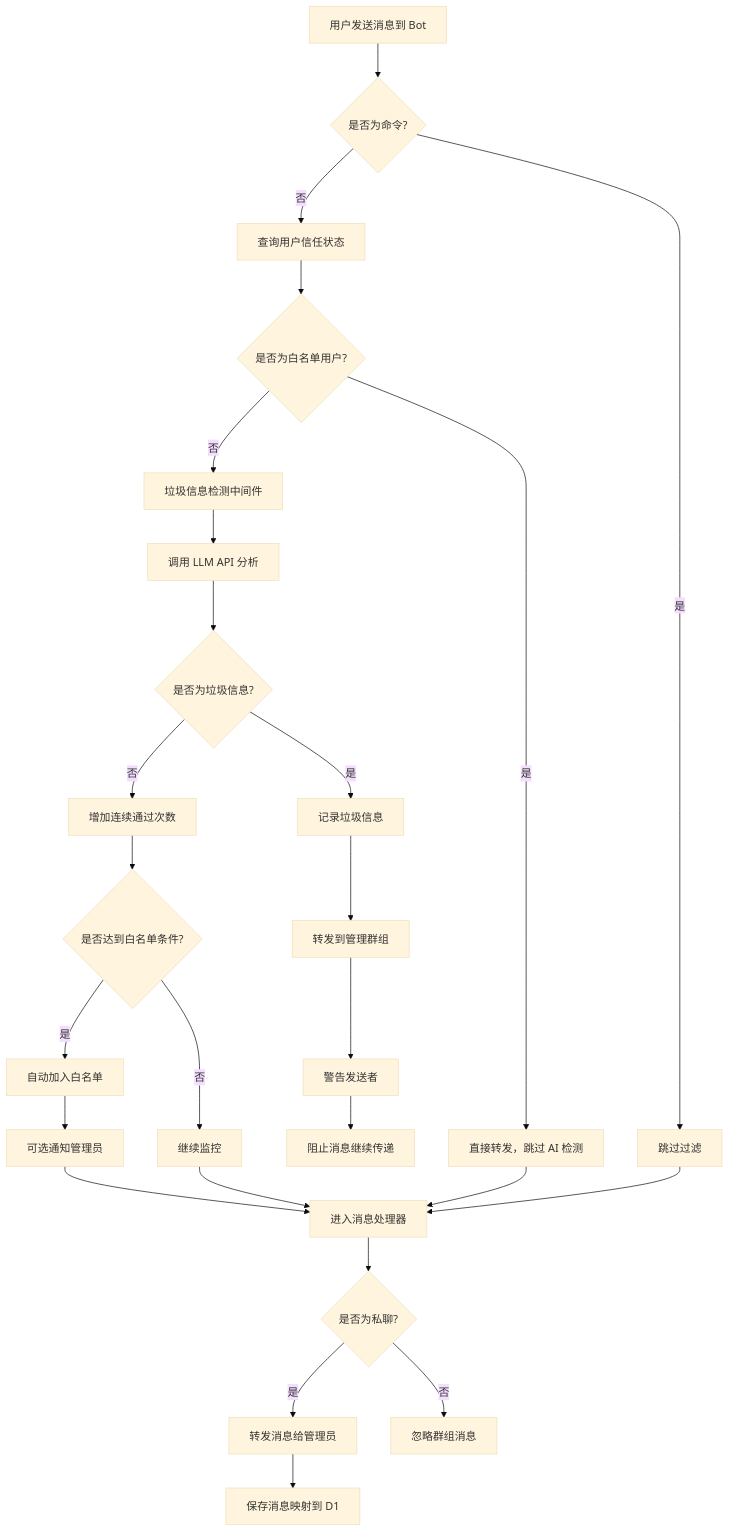
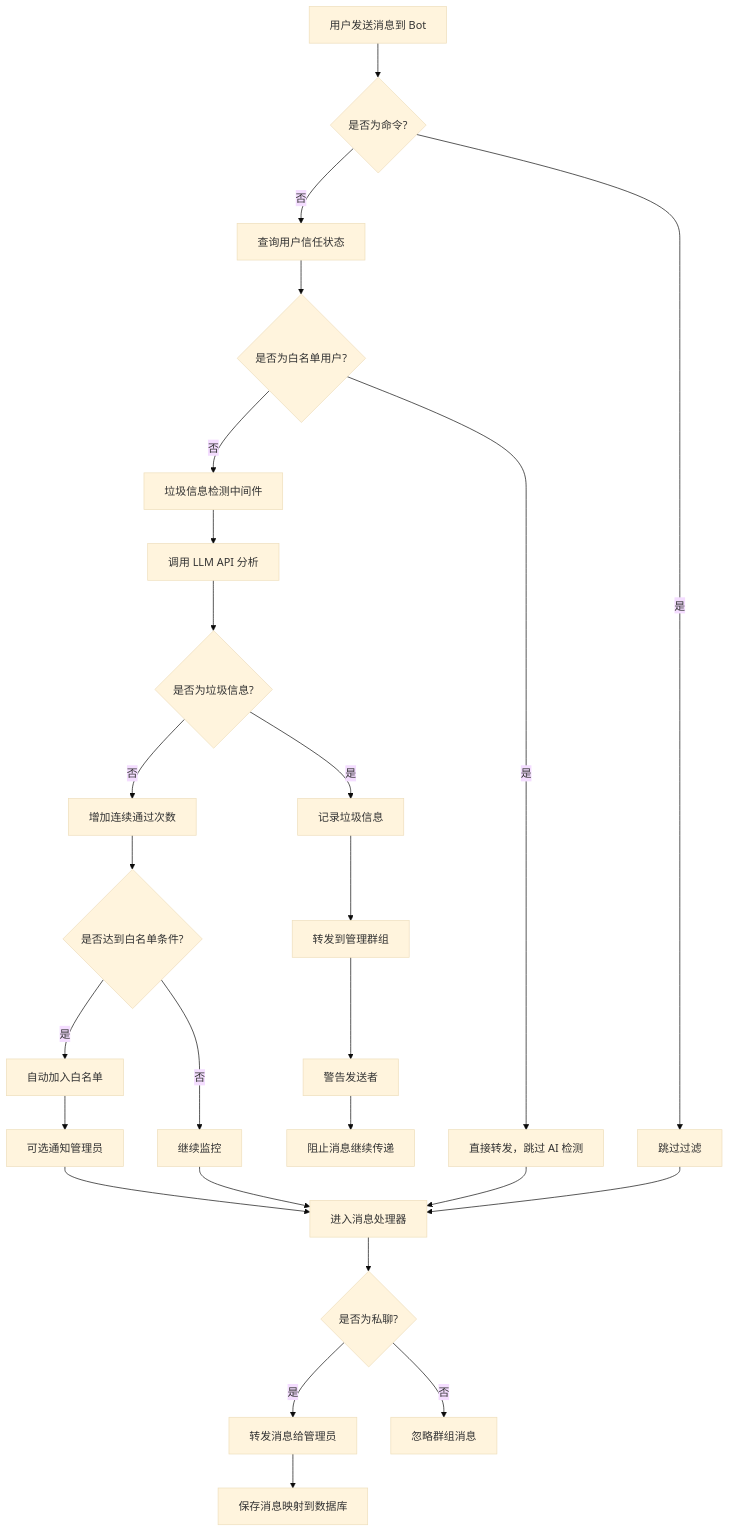
Before and after one commit to CrazyForks/telegram-watchdog: the first of 2 diagrams in README.md, drawn with Mermaid (base theme). The commit also changed other lines of this file and 15 other files, not shown here.

````diff
--- a/README.md
+++ b/README.md
@@ -100,28 +292,28 @@
 ```mermaid
 graph TD
     A[用户发送消息到 Bot] --> B{是否为命令?}
     B -->|是| C[跳过过滤]
     B -->|否| D[查询用户信任状态]
     D --> E{是否为白名单用户?}
     E -->|是| F[直接转发，跳过 AI 检测]
     E -->|否| G[垃圾信息检测中间件]
     G --> H[调用 LLM API 分析]
     H --> I{是否为垃圾信息?}
     I -->|是| J[记录垃圾信息]
     J --> K[转发到管理群组]
     K --> L[警告发送者]
     L --> M[阻止消息继续传递]
     I -->|否| N[增加连续通过次数]
     N --> O{是否达到白名单条件?}
     O -->|是| P[自动加入白名单]
     P --> Q[可选通知管理员]
     O -->|否| R[继续监控]
     Q --> S[进入消息处理器]
     R --> S
     F --> S
     S --> T{是否为私聊?}
     T -->|是| U[转发消息给管理员]
-    U --> V[保存消息映射到 D1]
+    U --> V[保存消息映射到数据库]
     T -->|否| W[忽略群组消息]
     C --> S
 ```
````
